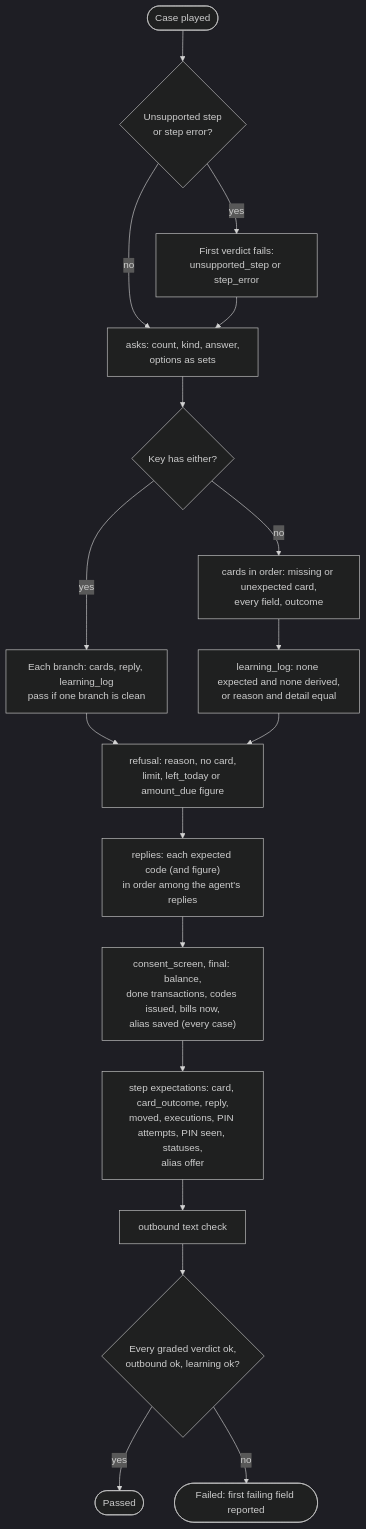
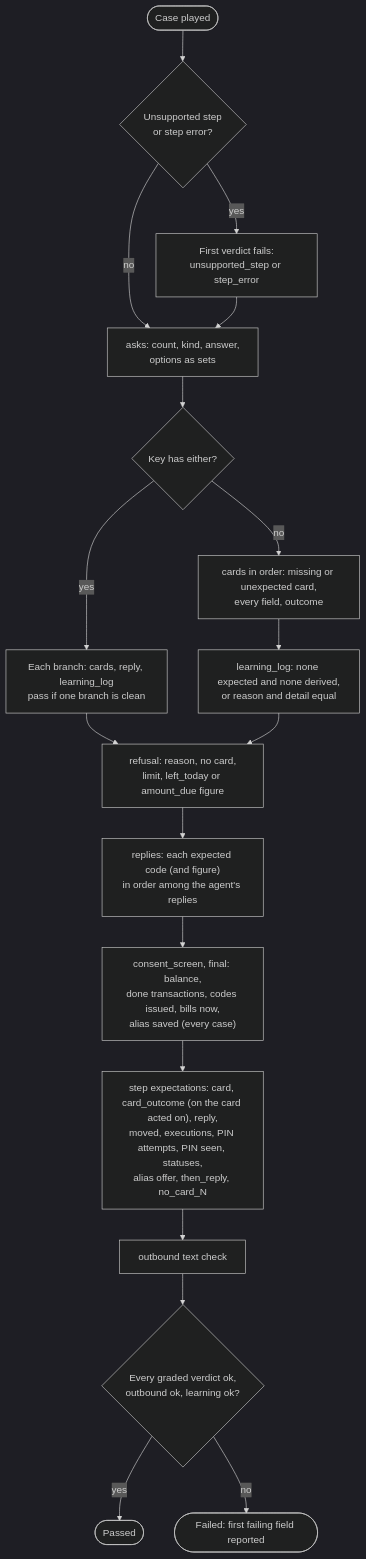
The second of 3 diagrams in docs/agent-eval.md (Khalil-Alhadidi/Naqoli), drawn with Mermaid (dark theme) before and after one commit. The commit also changed other lines of this file and 7 other files, not shown here.

Commit message:
feat(eval): then_reply, no_card_N and not_prepared graded; a step's card outcome is read on the card the step acted on; oracle m9c report (95 of 96, GAP-06 only)

````diff
--- a/docs/agent-eval.md
+++ b/docs/agent-eval.md
@@ -90,20 +85,20 @@
 ```mermaid
 flowchart TD
     start(["Case played"]) --> stopped{"Unsupported step<br/>or step error?"}
     stopped -- yes --> failFirst["First verdict fails:<br/>unsupported_step or step_error"]
     stopped -- no --> asks
     failFirst --> asks["asks: count, kind, answer,<br/>options as sets"]
     asks --> either{"Key has either?"}
     either -- yes --> branches["Each branch: cards, reply, learning_log<br/>pass if one branch is clean"]
     either -- no --> cards["cards in order: missing or unexpected card,<br/>every field, outcome"]
     cards --> learning["learning_log: none expected and none derived,<br/>or reason and detail equal"]
     branches --> refusal
     learning --> refusal["refusal: reason, no card,<br/>limit, left_today or amount_due figure"]
     refusal --> replies["replies: each expected code (and figure)<br/>in order among the agent's replies"]
     replies --> final["consent_screen, final: balance,<br/>done transactions, codes issued, bills now,<br/>alias saved (every case)"]
-    final --> steps["step expectations: card, card_outcome, reply,<br/>moved, executions, PIN attempts, PIN seen, statuses,<br/>alias offer"]
+    final --> steps["step expectations: card, card_outcome (on the card acted on), reply,<br/>moved, executions, PIN attempts, PIN seen, statuses,<br/>alias offer, then_reply, no_card_N"]
     steps --> outbound["outbound text check"]
     outbound --> passed{"Every graded verdict ok,<br/>outbound ok, learning ok?"}
     passed -- yes --> pass(["Passed"])
     passed -- no --> fail(["Failed: first failing field reported"])
 ```
````
